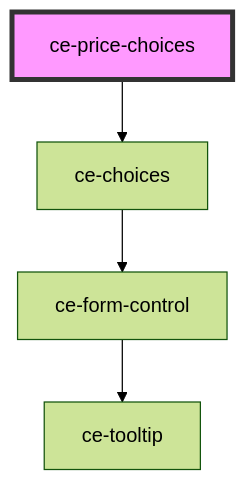
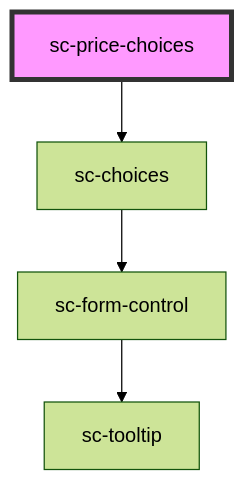
One commit to surecart/surecart-wp-plugin changed the diagram in packages/components/src/components/controllers/checkout-form/price-choices/readme.md. Above: the diagram before and after it, drawn with Mermaid (forest theme). The commit also changed other lines of this file and 1281 other files, not shown here.

````diff
--- a/packages/components/src/components/controllers/checkout-form/price-choices/readme.md
+++ b/packages/components/src/components/controllers/checkout-form/price-choices/readme.md
@@ -32,7 +32,7 @@
 ```mermaid
 graph TD;
-  ce-price-choices --> ce-choices
-  ce-choices --> ce-form-control
-  ce-form-control --> ce-tooltip
-  style ce-price-choices fill:#f9f,stroke:#333,stroke-width:4px
+  sc-price-choices --> sc-choices
+  sc-choices --> sc-form-control
+  sc-form-control --> sc-tooltip
+  style sc-price-choices fill:#f9f,stroke:#333,stroke-width:4px
 ```
````
